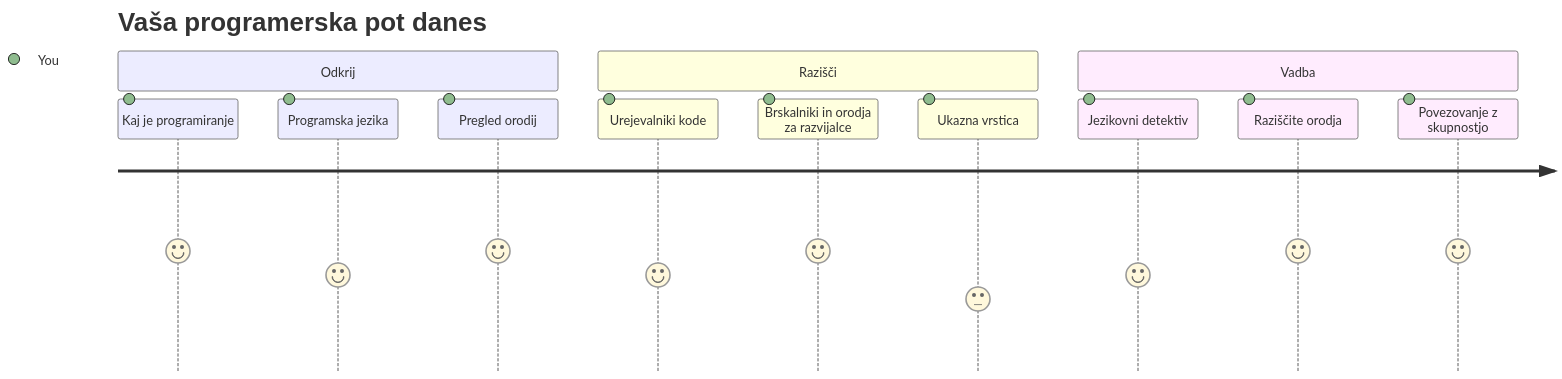
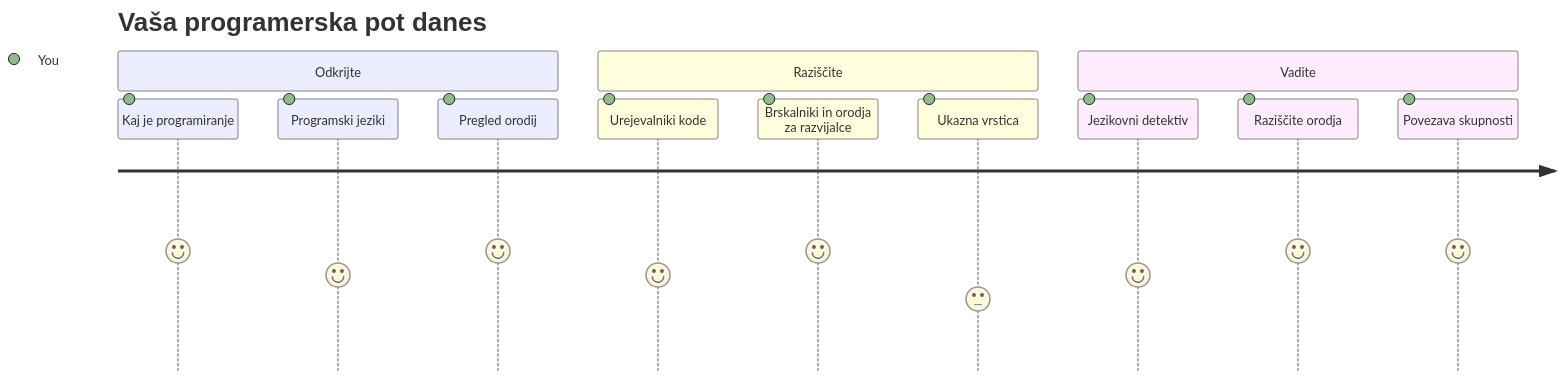
One commit to microsoft/Web-Dev-For-Beginners changed the first of 7 diagrams in translations/sl/1-getting-started-lessons/1-intro-to-programming-languages/README.md. Above: the diagram before and after it, drawn with Mermaid. The commit also changed other lines of this file and 11 other files, not shown here.

````diff
--- a/translations/sl/1-getting-started-lessons/1-intro-to-programming-languages/README.md
+++ b/translations/sl/1-getting-started-lessons/1-intro-to-programming-languages/README.md
@@ -14,16 +14,16 @@
 ```mermaid
 journey
     title Vaša programerska pot danes
-    section Odkrij
+    section Odkrijte
       Kaj je programiranje: 5: You
-      Programska jezika: 4: You
+      Programski jeziki: 4: You
       Pregled orodij: 5: You
-    section Razišči
+    section Raziščite
       Urejevalniki kode: 4: You
       Brskalniki in orodja za razvijalce: 5: You
       Ukazna vrstica: 3: You
-    section Vadba
+    section Vadite
       Jezikovni detektiv: 4: You
       Raziščite orodja: 5: You
-      Povezovanje z skupnostjo: 5: You
+      Povezava skupnosti: 5: You
 ```
````
